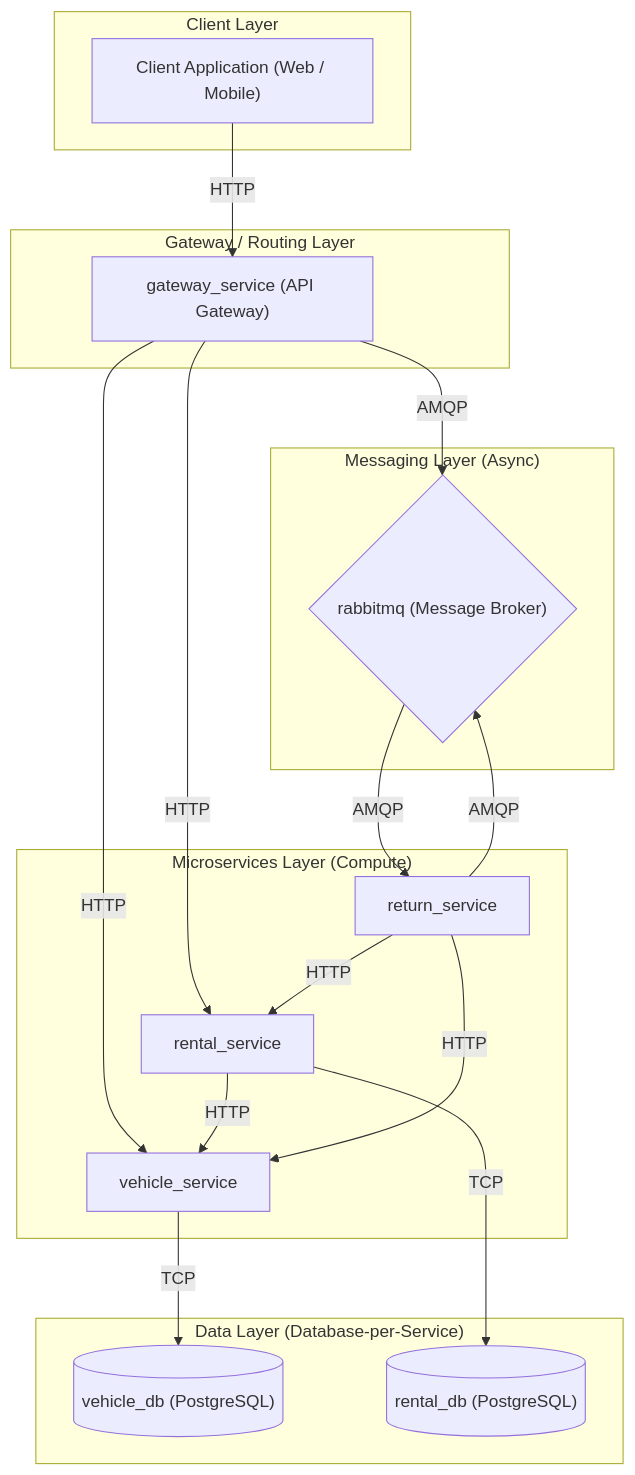
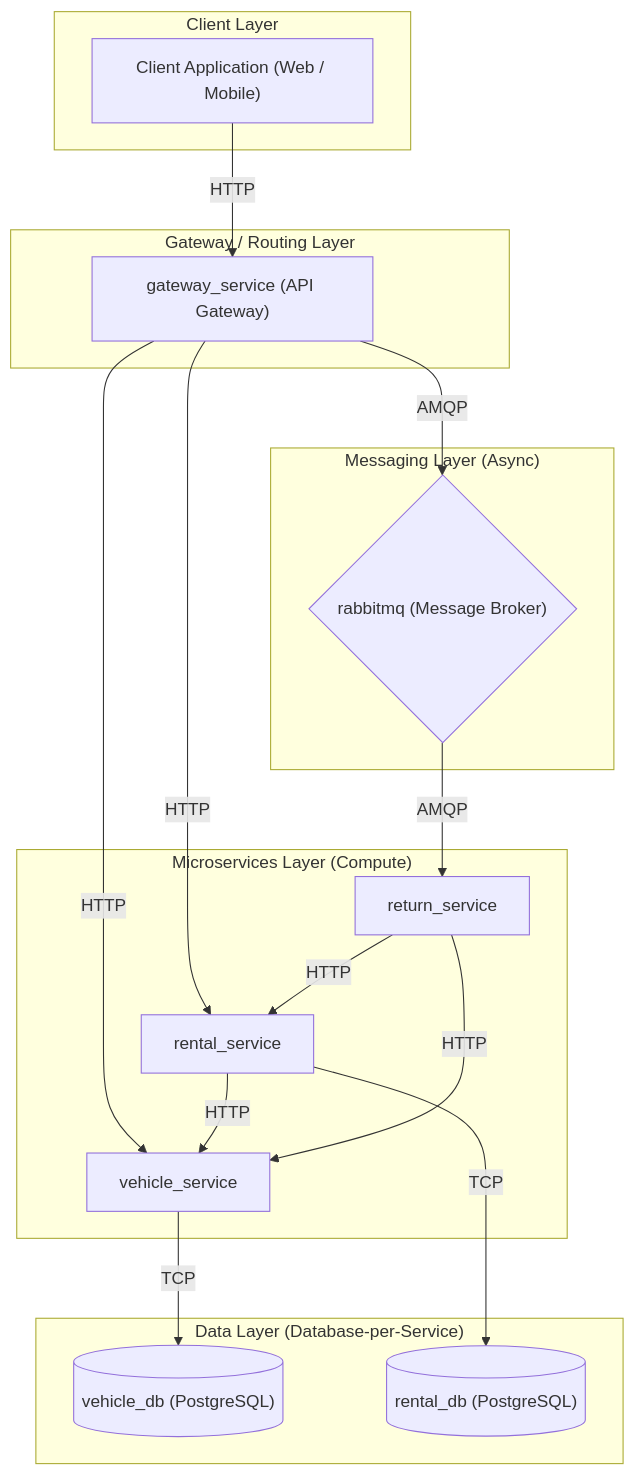
One commit to RanWeissman/Deliverables changed the diagram in README.md. Above: the diagram before and after it, drawn with Mermaid. The commit also changed 1 other file, not shown here.

Commit message:
architecture_diagram

````diff
--- a/README.md
+++ b/README.md
@@ -14,60 +14,57 @@
 ```mermaid
 graph TD
     %% Client Layer
     subgraph "Client Layer"
         Client["Client Application (Web / Mobile)"]
     end
 
     %% Gateway / Routing Layer
     subgraph "Gateway / Routing Layer"
         GatewayService["gateway_service (API Gateway)"]
     end
 
     %% Microservices Layer
     subgraph "Microservices Layer (Compute)"
         VehicleService["vehicle_service"]
         RentalService["rental_service"]
         ReturnService["return_service"]
     end
 
     %% Messaging Layer
     subgraph "Messaging Layer (Async)"
         RabbitMQ{"rabbitmq (Message Broker)"}
     end
 
     %% Data Layer
     subgraph "Data Layer (Database-per-Service)"
         VehicleDB[("vehicle_db (PostgreSQL)")]
         RentalDB[("rental_db (PostgreSQL)")]
     end
 
     %% Connections & Flows
 
     %% Client -> Gateway
     Client -- HTTP --> GatewayService
 
     %% Gateway -> Microservices (Synchronous)
     GatewayService -- HTTP --> VehicleService
     GatewayService -- HTTP --> RentalService
 
     %% Microservice -> Microservice (Synchronous HTTP)
     RentalService -- HTTP --> VehicleService
     ReturnService -- HTTP --> RentalService
     ReturnService -- HTTP --> VehicleService
 
     %% Gateway -> Messaging Layer (Asynchronous)
     GatewayService -- AMQP --> RabbitMQ
 
     %% Messaging Layer -> Microservices (Asynchronous Consumer)
     RabbitMQ -- AMQP --> ReturnService
     
-    %% Microservices -> Messaging Layer (Retries / DLQ)
-    ReturnService -- AMQP --> RabbitMQ
-    
     %% Note: gateway_service publishes ReturnRequests to RabbitMQ.
-    %% return_service consumes these messages and may publish back for retries.
+    %% return_service consumes these messages.
 
     %% Microservices -> Data Layer
     VehicleService -- TCP --> VehicleDB
     RentalService -- TCP --> RentalDB
 ```
````
